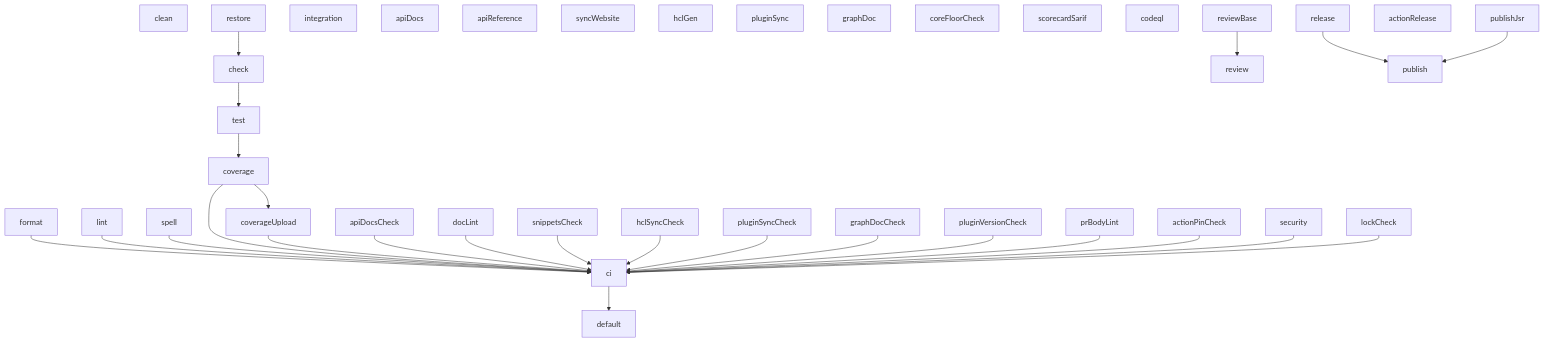
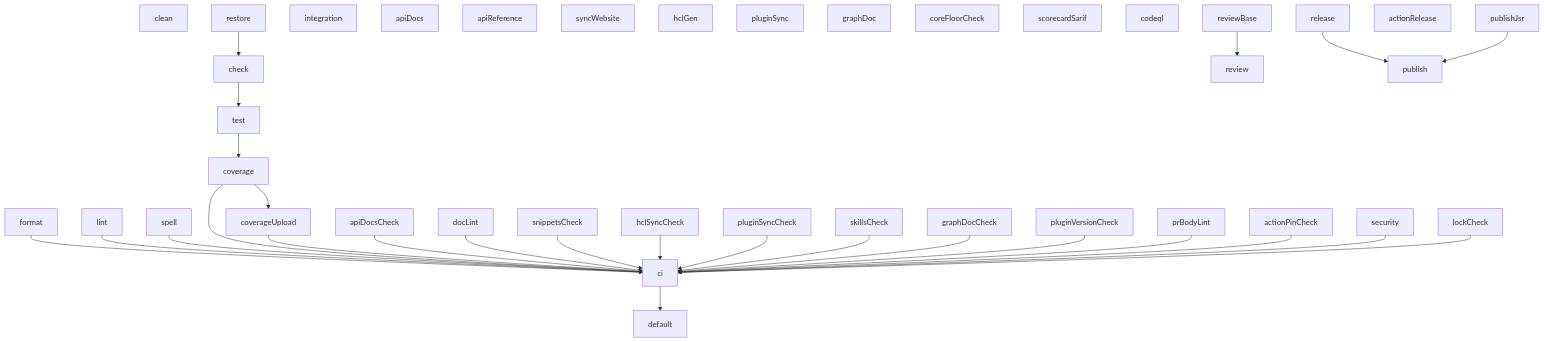
One commit to zuke-build/zuke changed the diagram in docs/graph.md. Above: the diagram before and after it, drawn with Mermaid. The commit also changed other lines of this file and 13 other files, not shown here.

````diff
--- a/docs/graph.md
+++ b/docs/graph.md
@@ -9,65 +9,67 @@
 ```mermaid
 flowchart TD
   t0["clean"]
   t1["restore"]
   t2["format"]
   t3["lint"]
   t4["spell"]
   t5["check"]
   t6["test"]
   t7["integration"]
   t8["coverage"]
   t9["coverageUpload"]
   t10["apiDocs"]
   t11["apiDocsCheck"]
   t12["apiReference"]
   t13["syncWebsite"]
   t14["docLint"]
   t15["snippetsCheck"]
   t16["hclGen"]
   t17["hclSyncCheck"]
   t18["pluginSync"]
   t19["pluginSyncCheck"]
-  t20["graphDoc"]
-  t21["graphDocCheck"]
-  t22["pluginVersionCheck"]
-  t23["prBodyLint"]
-  t24["coreFloorCheck"]
-  t25["lockCheck"]
-  t26["security"]
-  t27["actionPinCheck"]
-  t28["ci"]
-  t29["scorecardSarif"]
-  t30["codeql"]
-  t31["reviewBase"]
-  t32["review"]
-  t33["release"]
-  t34["actionRelease"]
-  t35["publishJsr"]
-  t36["publish"]
-  t37["default"]
+  t20["skillsCheck"]
+  t21["graphDoc"]
+  t22["graphDocCheck"]
+  t23["pluginVersionCheck"]
+  t24["prBodyLint"]
+  t25["coreFloorCheck"]
+  t26["lockCheck"]
+  t27["security"]
+  t28["actionPinCheck"]
+  t29["ci"]
+  t30["scorecardSarif"]
+  t31["codeql"]
+  t32["reviewBase"]
+  t33["review"]
+  t34["release"]
+  t35["actionRelease"]
+  t36["publishJsr"]
+  t37["publish"]
+  t38["default"]
   t1 --> t5
   t5 --> t6
   t6 --> t8
   t8 --> t9
-  t2 --> t28
-  t3 --> t28
-  t4 --> t28
-  t8 --> t28
-  t9 --> t28
-  t11 --> t28
-  t14 --> t28
-  t15 --> t28
-  t17 --> t28
-  t19 --> t28
-  t21 --> t28
-  t22 --> t28
-  t23 --> t28
-  t27 --> t28
-  t26 --> t28
-  t25 --> t28
-  t31 --> t32
-  t33 --> t36
-  t35 --> t36
-  t28 --> t37
+  t2 --> t29
+  t3 --> t29
+  t4 --> t29
+  t8 --> t29
+  t9 --> t29
+  t11 --> t29
+  t14 --> t29
+  t15 --> t29
+  t17 --> t29
+  t19 --> t29
+  t20 --> t29
+  t22 --> t29
+  t23 --> t29
+  t24 --> t29
+  t28 --> t29
+  t27 --> t29
+  t26 --> t29
+  t32 --> t33
+  t34 --> t37
+  t36 --> t37
+  t29 --> t38
 ```
````
